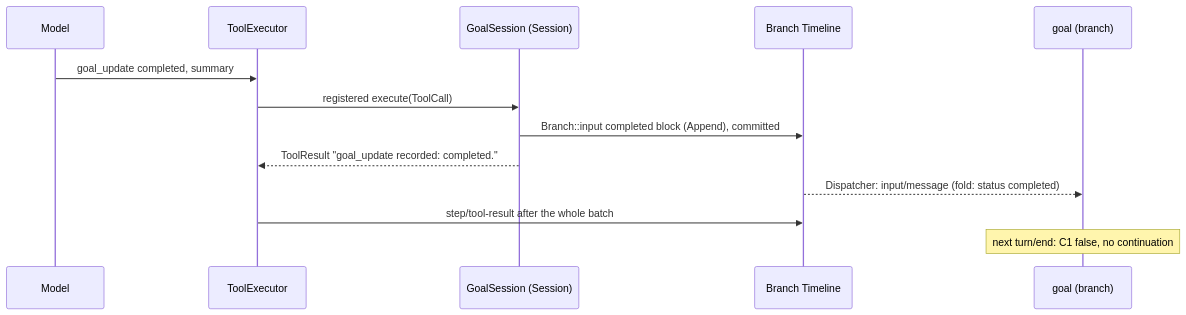
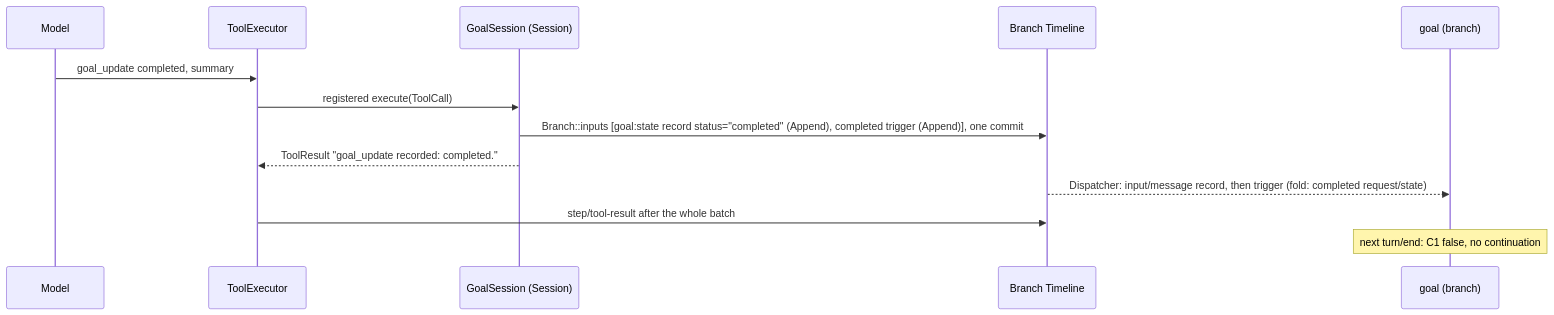
Before and after one commit to CoutinhoTTS/dim-agent: the fourth of 7 diagrams in docs/design/plugins/Goal.md, drawn with Mermaid. The commit also changed other lines of this file and 229 other files, not shown here.

First line of the commit message:
refactor(timeline): query properties and bound history consumers

````diff
--- a/docs/design/plugins/Goal.md
+++ b/docs/design/plugins/Goal.md
@@ -135,15 +145,15 @@
 ```mermaid
 sequenceDiagram
   participant Model
   participant TE as ToolExecutor
   participant GS as GoalSession (Session)
   participant TL as Branch Timeline
   participant G as goal (branch)
   Model->>TE: goal_update completed, summary
   TE->>GS: registered execute(ToolCall)
-  GS->>TL: Branch::input completed block (Append), committed
+  GS->>TL: Branch::inputs [goal:state record status="completed" (Append), completed trigger (Append)], one commit
   GS-->>TE: ToolResult "goal_update recorded: completed."
-  TL-->>G: Dispatcher: input/message (fold: status completed)
+  TL-->>G: Dispatcher: input/message record, then trigger (fold: completed request/state)
   TE->>TL: step/tool-result after the whole batch
   Note over G: next turn/end: C1 false, no continuation
 ```
````
